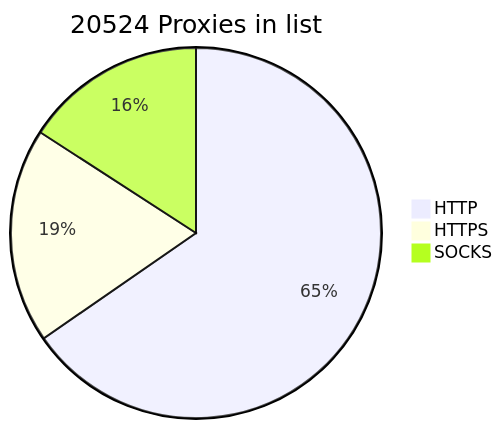
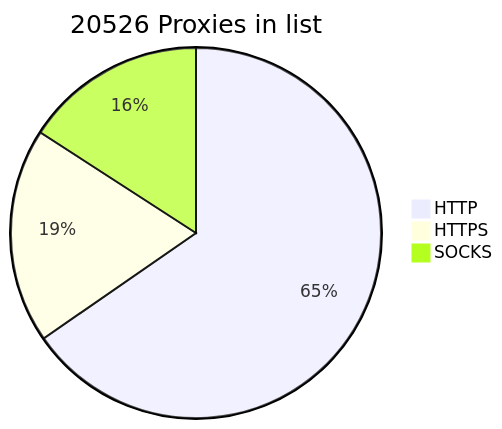
Before and after one commit to BlackSnowDot/proxylist-update-every-minute: the diagram in README.md, drawn with Mermaid.

````diff
--- a/README.md
+++ b/README.md
@@ -2,6 +2,6 @@
 ```mermaid
-pie title 20524 Proxies in list
-    "HTTP" : 15088
+pie title 20526 Proxies in list
+    "HTTP" : 15089
     "HTTPS": 4333
-    "SOCKS" : 3661
+    "SOCKS" : 3662
 ```
````
